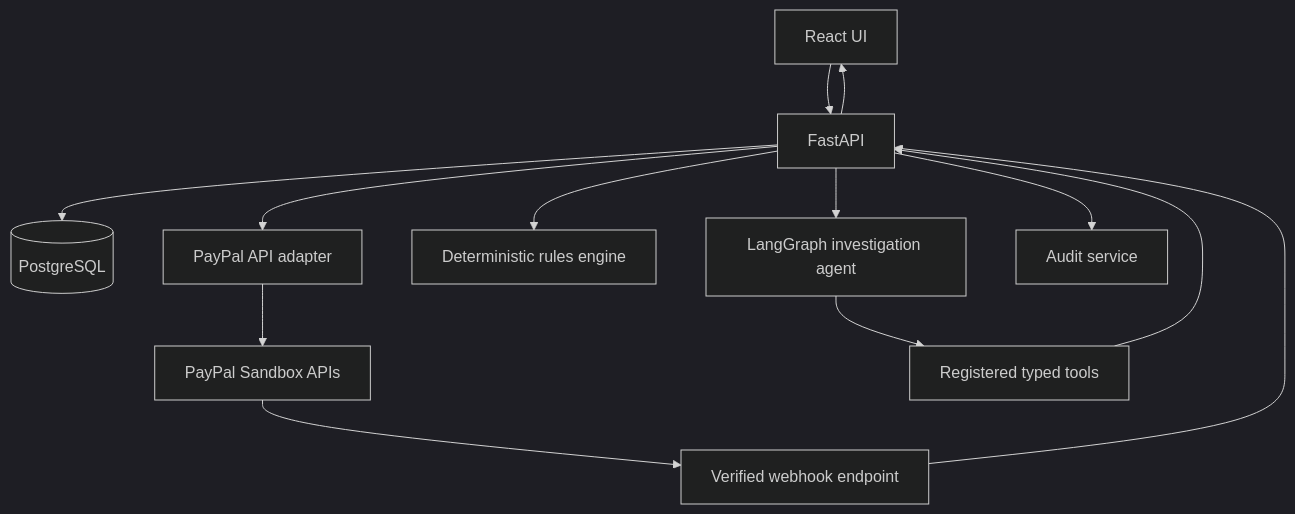
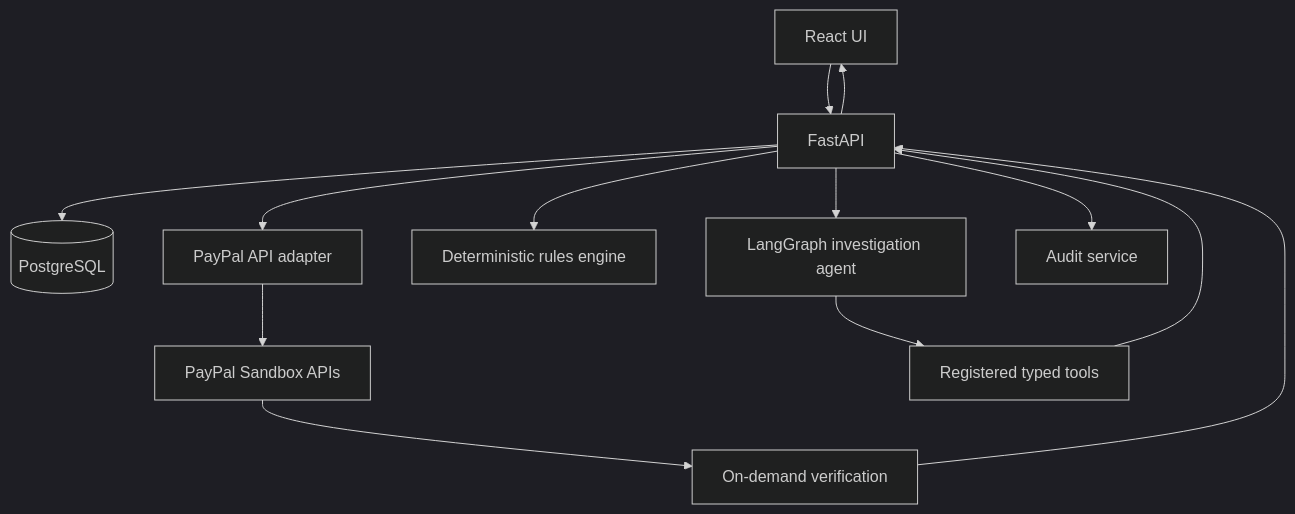
One commit to Harry-2007cmd/PayPilot changed the diagram in PayPilot_AI_Documentation_Packet/docs/02_ARCHITECTURE_AND_WORKFLOWS.md. Above: the diagram before and after it, drawn with Mermaid (dark theme). The commit also changed other lines of this file and 52 other files, not shown here.

````diff
--- a/PayPilot_AI_Documentation_Packet/docs/02_ARCHITECTURE_AND_WORKFLOWS.md
+++ b/PayPilot_AI_Documentation_Packet/docs/02_ARCHITECTURE_AND_WORKFLOWS.md
@@ -47,15 +59,15 @@
 ```mermaid
 flowchart TD
   UI[React UI] --> API[FastAPI]
   API --> DB[(PostgreSQL)]
   API --> PP[PayPal API adapter]
   PP --> PPAPI[PayPal Sandbox APIs]
-  PPAPI --> WH[Verified webhook endpoint]
-  WH --> API
+  PPAPI --> REF[On-demand verification]
+  REF --> API
   API --> RULES[Deterministic rules engine]
   API --> AGENT[LangGraph investigation agent]
   AGENT --> TOOLS[Registered typed tools]
   TOOLS --> API
   API --> AUDIT[Audit service]
   API --> UI
 ```
````
